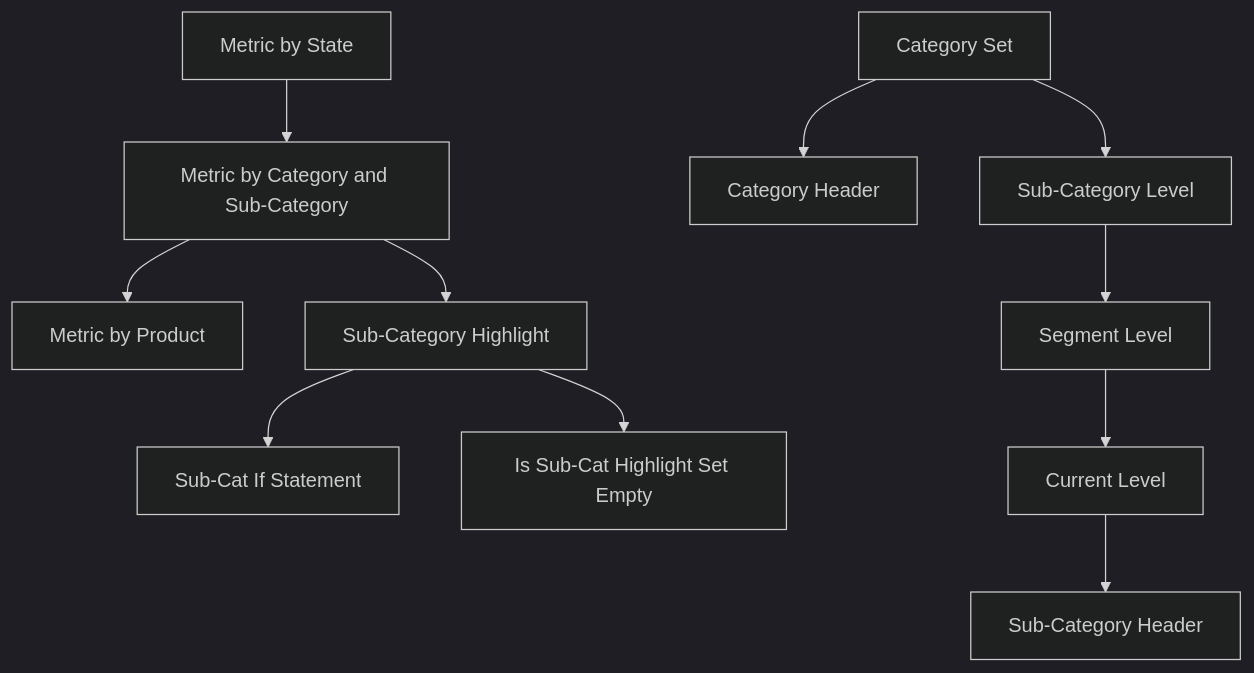
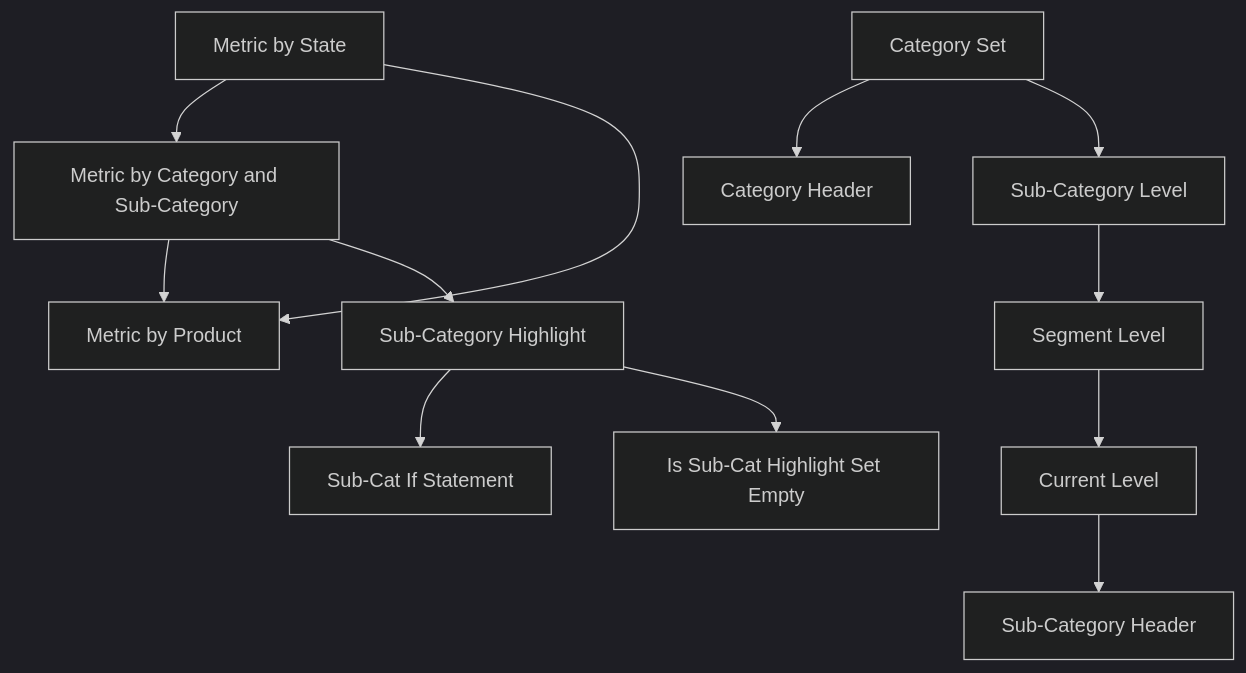
The diagram in superstore-executive-overview.md (SamaFitz/dashboard-docs), drawn with Mermaid (dark theme) before and after one commit. The commit also changed other lines of this file, not shown here.

````diff
--- a/superstore-executive-overview.md
+++ b/superstore-executive-overview.md
@@ -18,15 +18,17 @@
 ```mermaid
 graph TD
     StateChart[Metric by State] --> CategoryChart[Metric by Category and Sub-Category]
-    CategoryChart --> ProductChart[Metric by Product]
+    StateChart --> ProductChart[Metric by Product]
+
+    CategoryChart --> ProductChart
 
     CategorySet[Category Set] --> CategoryHeader[Category Header]
     CategorySet --> SubCategoryLevel[Sub-Category Level]
     SubCategoryLevel --> SegmentLevel[Segment Level]
     SegmentLevel --> CurrentLevel[Current Level]
     CurrentLevel --> SubCategoryHeader[Sub-Category Header]
 
     CategoryChart --> SubCatHighlight[Sub-Category Highlight]
     SubCatHighlight --> SubCatIfStatement[Sub-Cat If Statement]
     SubCatHighlight --> IsSubCatEmpty[Is Sub-Cat Highlight Set Empty]
 ```
````
